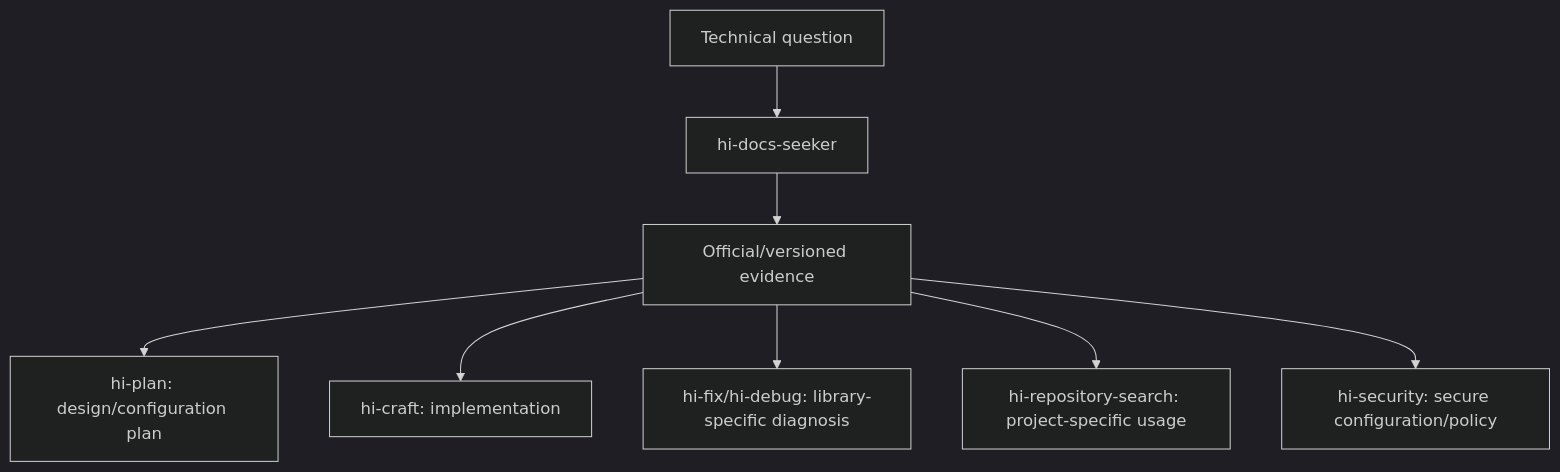
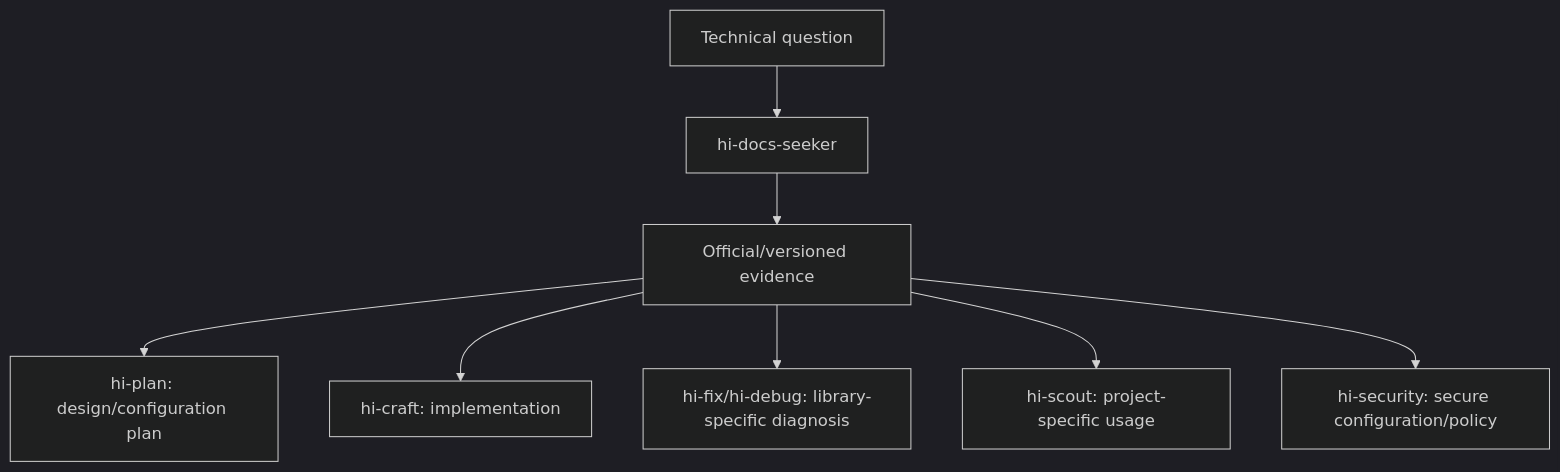
Before and after one commit to baka3k/dev-kit: the fifth of 6 diagrams in wiki/en/hi-docs-seeker-skill.md, drawn with Mermaid (dark theme). The commit also changed other lines of this file and 62 other files, not shown here.

````diff
--- a/wiki/en/hi-docs-seeker-skill.md
+++ b/wiki/en/hi-docs-seeker-skill.md
@@ -734,10 +734,10 @@
 ```mermaid
 flowchart TD
     A[Technical question] --> B[hi-docs-seeker]
     B --> C[Official/versioned evidence]
     C --> D[hi-plan: design/configuration plan]
     C --> E[hi-craft: implementation]
     C --> F[hi-fix/hi-debug: library-specific diagnosis]
-    C --> G[hi-repository-search: project-specific usage]
+    C --> G[hi-scout: project-specific usage]
     C --> H[hi-security: secure configuration/policy]
 ```
````
